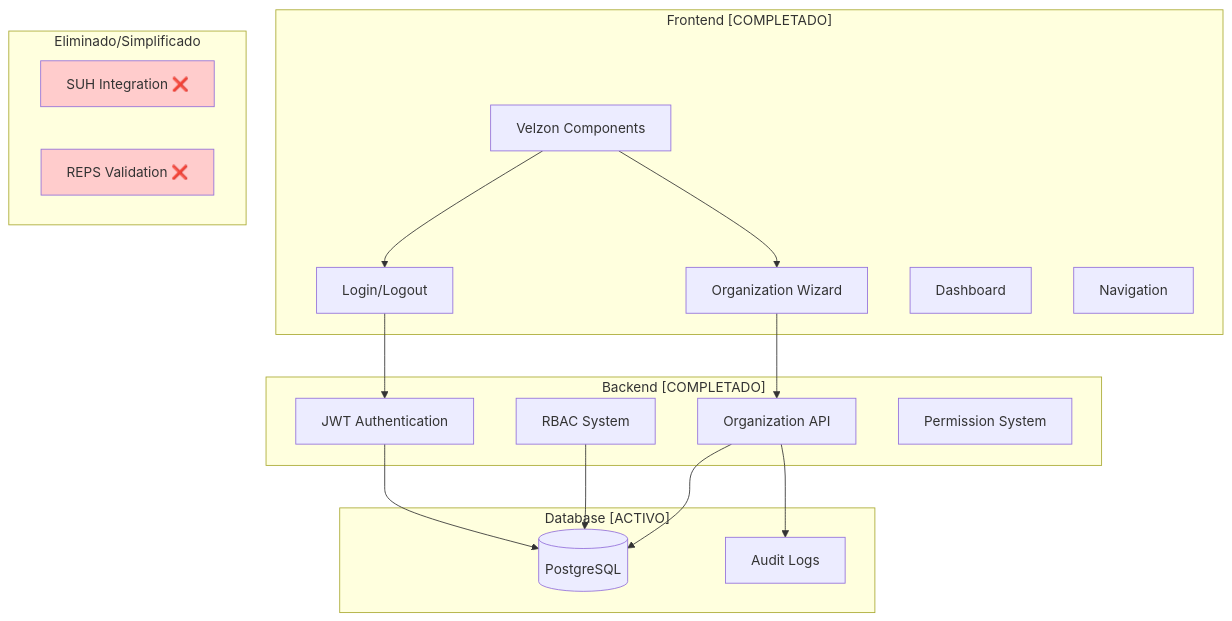
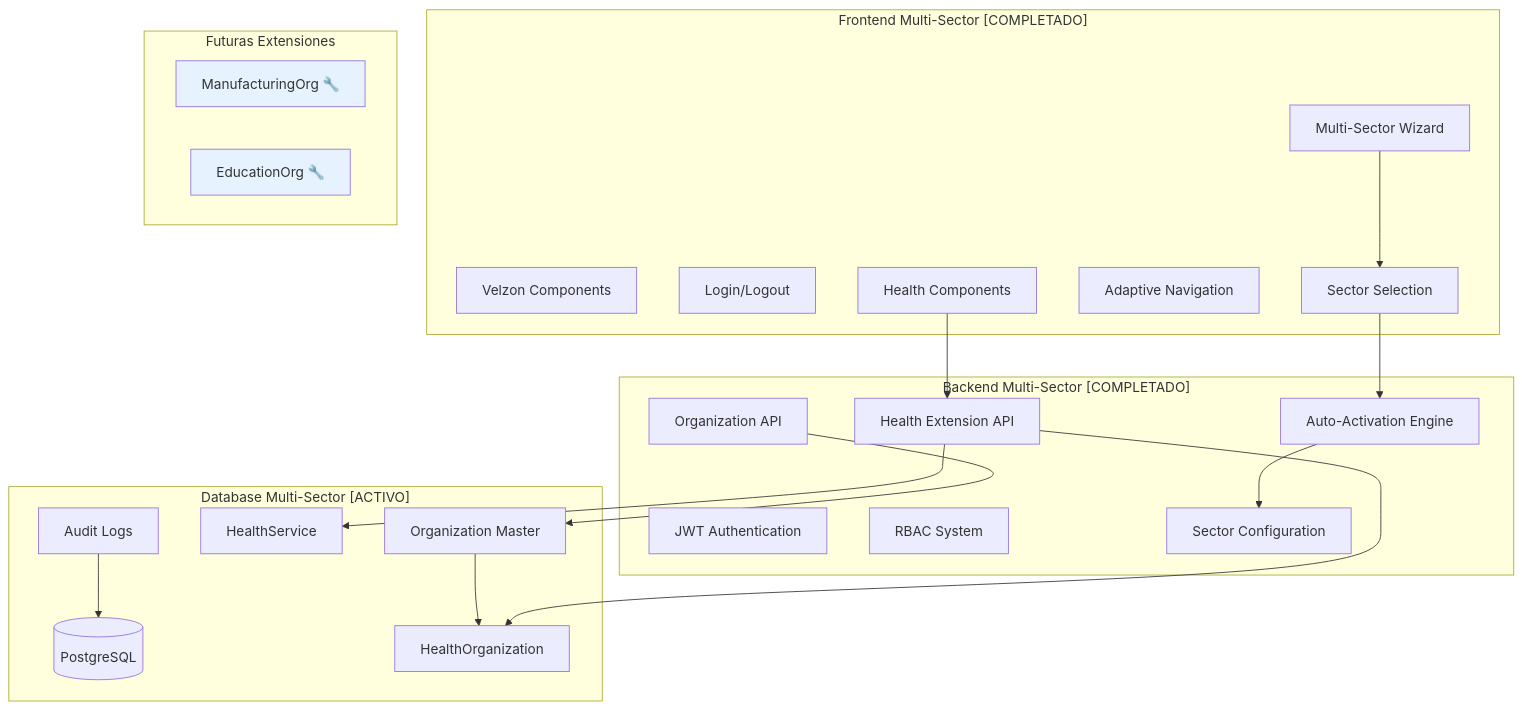
Before and after one commit to jfbm74/zentraqms: the diagram in claude-modules/architecture/README.claude.md, drawn with Mermaid. The commit also changed other lines of this file and 27 other files, not shown here.

````diff
--- a/claude-modules/architecture/README.claude.md
+++ b/claude-modules/architecture/README.claude.md
@@ -58,38 +119,45 @@
 ```mermaid
 graph TB
-    subgraph "Frontend [COMPLETADO]"
+    subgraph "Frontend Multi-Sector [COMPLETADO]"
         UI[Velzon Components]
         AUTH_UI[Login/Logout]
-        ORG_UI[Organization Wizard]
-        DASH[Dashboard]
-        NAV[Navigation]
+        WIZARD[Multi-Sector Wizard]
+        SECTOR_UI[Sector Selection]
+        ADAPTIVE[Adaptive Navigation]
+        HEALTH_UI[Health Components]
     end
     
-    subgraph "Backend [COMPLETADO]"
+    subgraph "Backend Multi-Sector [COMPLETADO]"
         JWT[JWT Authentication]
         RBAC[RBAC System]
+        AUTO_ACT[Auto-Activation Engine]
+        SECT_CFG[Sector Configuration]
         ORG_API[Organization API]
-        PERM[Permission System]
+        HEALTH_API[Health Extension API]
     end
     
-    subgraph "Database [ACTIVO]"
+    subgraph "Database Multi-Sector [ACTIVO]"
         PG[(PostgreSQL)]
+        ORG_MASTER[Organization Master]
+        HEALTH_EXT[HealthOrganization]
+        HEALTH_SVC[HealthService]
         AUDIT[Audit Logs]
     end
     
-    subgraph "Eliminado/Simplificado"
-        style SUH fill:#ffcccc
-        style REPS fill:#ffcccc
-        SUH[SUH Integration ❌]
-        REPS[REPS Validation ❌]
+    subgraph "Futuras Extensiones"
+        style MANUF fill:#e6f3ff
+        style EDU fill:#e6f3ff
+        MANUF[ManufacturingOrg 🔧]
+        EDU[EducationOrg 🔧]
     end
     
-    UI --> AUTH_UI
-    UI --> ORG_UI
-    AUTH_UI --> JWT
-    ORG_UI --> ORG_API
-    JWT --> PG
-    RBAC --> PG
-    ORG_API --> PG
-    ORG_API --> AUDIT
+    WIZARD --> SECTOR_UI
+    SECTOR_UI --> AUTO_ACT
+    AUTO_ACT --> SECT_CFG
+    HEALTH_UI --> HEALTH_API
+    HEALTH_API --> HEALTH_EXT
+    HEALTH_API --> HEALTH_SVC
+    ORG_API --> ORG_MASTER
+    ORG_MASTER --> HEALTH_EXT
+    AUDIT --> PG
 ```
````
